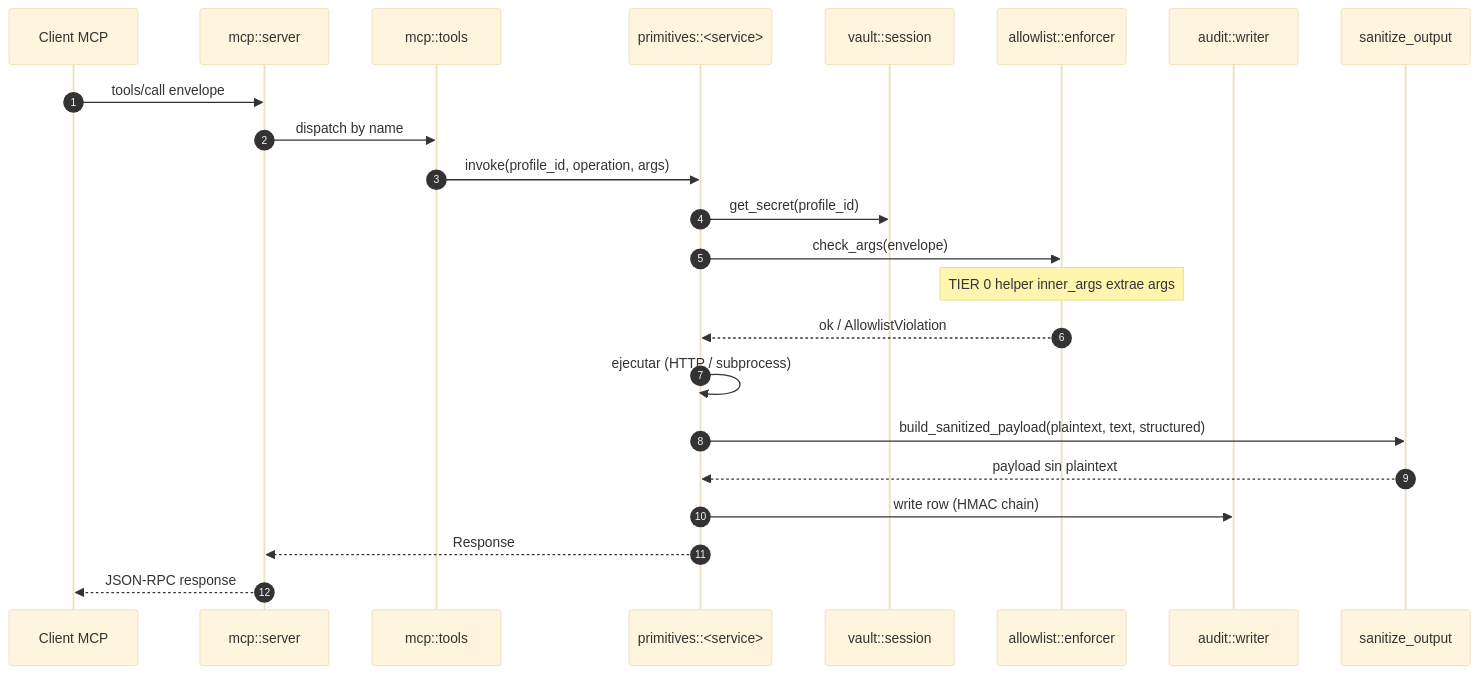
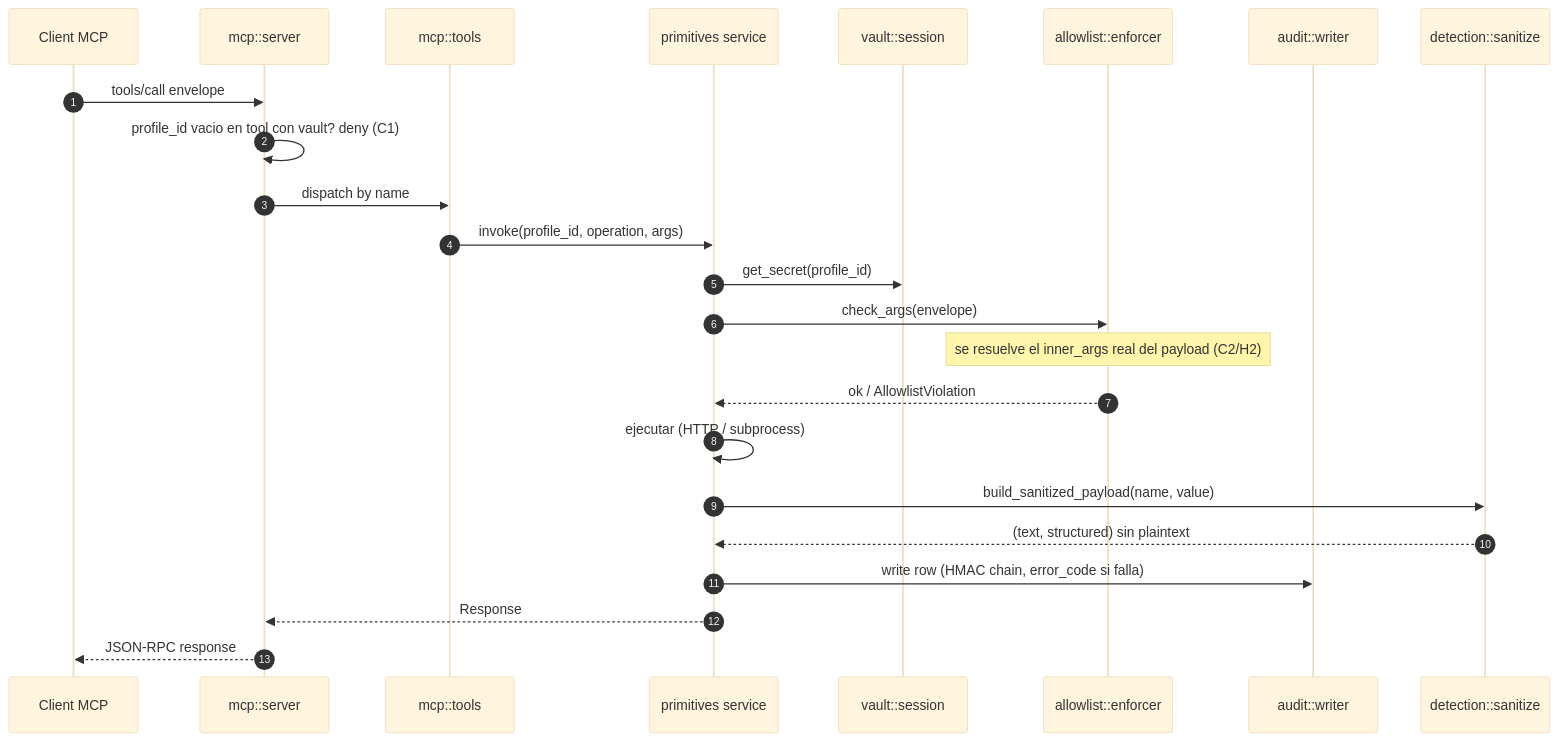
Before and after one commit to KvendraAI/kvendra-cli: the second of 2 diagrams in docs/manual-kvendra-cli/13-mcp-server.md, drawn with Mermaid (base theme). The commit also changed other lines of this file and 27 other files, not shown here.

````diff
--- a/docs/manual-kvendra-cli/13-mcp-server.md
+++ b/docs/manual-kvendra-cli/13-mcp-server.md
@@ -147,26 +152,27 @@
 ```mermaid
 sequenceDiagram
     autonumber
     participant Client as Client MCP
     participant Server as mcp::server
     participant Tools as mcp::tools
-    participant Prim as primitives::<service>
+    participant Prim as primitives service
     participant Vault as vault::session
     participant Enf as allowlist::enforcer
     participant Audit as audit::writer
-    participant Sanit as sanitize_output
+    participant Sanit as detection::sanitize
 
     Client->>Server: tools/call envelope
+    Server->>Server: profile_id vacio en tool con vault? deny (C1)
     Server->>Tools: dispatch by name
     Tools->>Prim: invoke(profile_id, operation, args)
     Prim->>Vault: get_secret(profile_id)
     Prim->>Enf: check_args(envelope)
-    Note over Enf: TIER 0 helper inner_args extrae args
+    Note over Enf: se resuelve el inner_args real del payload (C2/H2)
     Enf-->>Prim: ok / AllowlistViolation
     Prim->>Prim: ejecutar (HTTP / subprocess)
-    Prim->>Sanit: build_sanitized_payload(plaintext, text, structured)
-    Sanit-->>Prim: payload sin plaintext
-    Prim->>Audit: write row (HMAC chain)
+    Prim->>Sanit: build_sanitized_payload(name, value)
+    Sanit-->>Prim: (text, structured) sin plaintext
+    Prim->>Audit: write row (HMAC chain, error_code si falla)
     Prim-->>Server: Response
     Server-->>Client: JSON-RPC response
 ```
````
